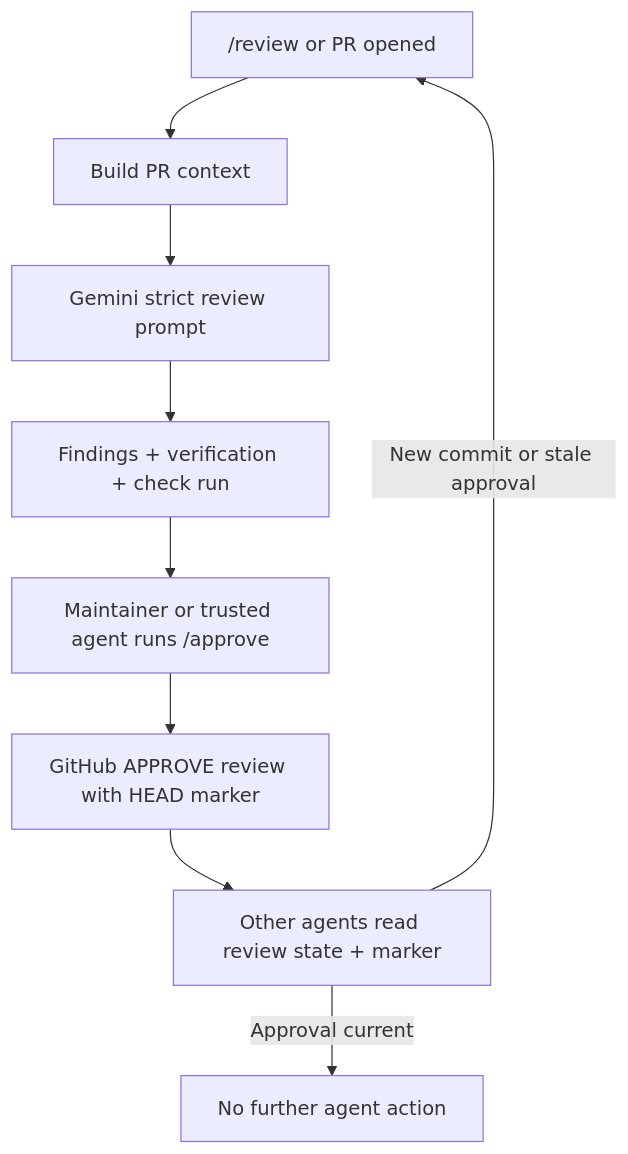
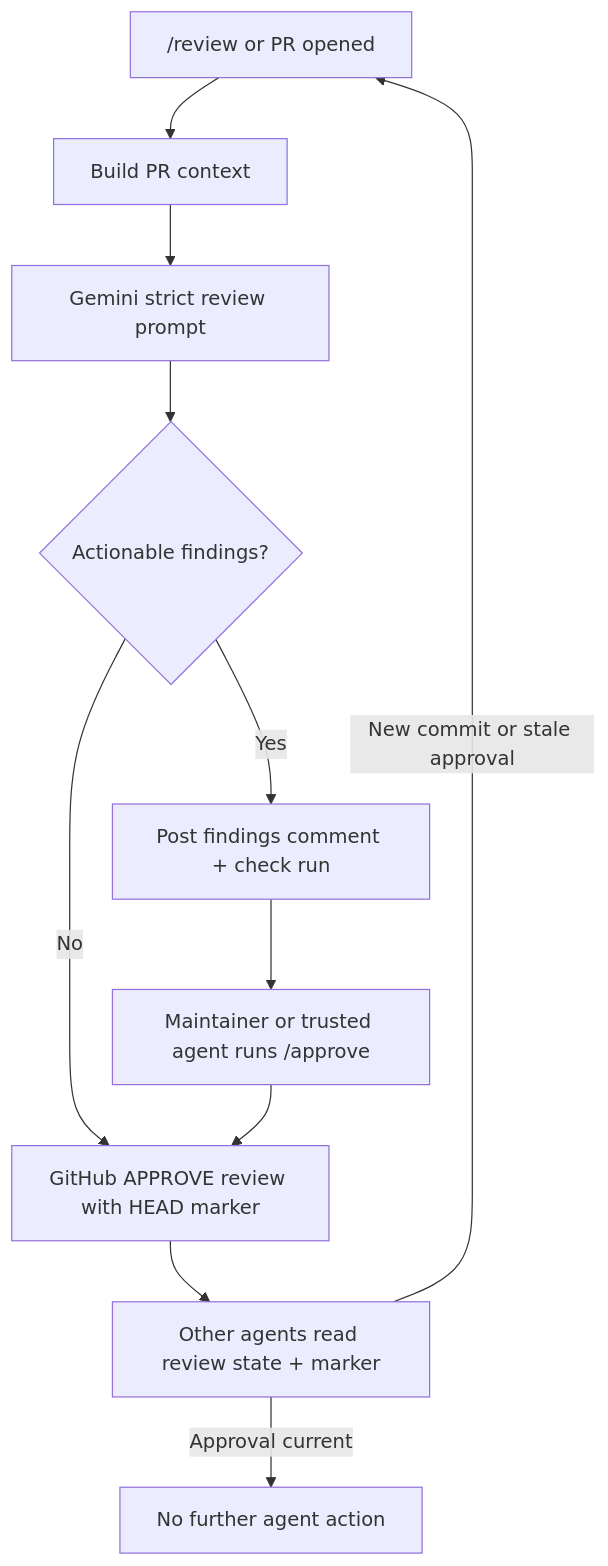
The second of 3 diagrams in README.md (seorilabs/gemini-pr-bot), drawn with Mermaid before and after one commit. The commit also changed other lines of this file and 1 other file, not shown here.

Commit message:
feat: approve reviews with no actionable findings

````diff
--- a/README.md
+++ b/README.md
@@ -47,11 +47,13 @@
 ```mermaid
 flowchart TD
   Review["/review or PR opened"] --> Context["Build PR context"]
   Context --> Gemini["Gemini strict review prompt"]
-  Gemini --> Output["Findings + verification + check run"]
+  Gemini --> Decision{"Actionable findings?"}
+  Decision -->|Yes| Output["Post findings comment + check run"]
+  Decision -->|No| Approval["GitHub APPROVE review with HEAD marker"]
   Output --> Approve["Maintainer or trusted agent runs /approve"]
-  Approve --> Approval["GitHub APPROVE review with HEAD marker"]
+  Approve --> Approval
   Approval --> Agent["Other agents read review state + marker"]
   Agent -->|Approval current| Stop["No further agent action"]
   Agent -->|New commit or stale approval| Review
 ```
````
